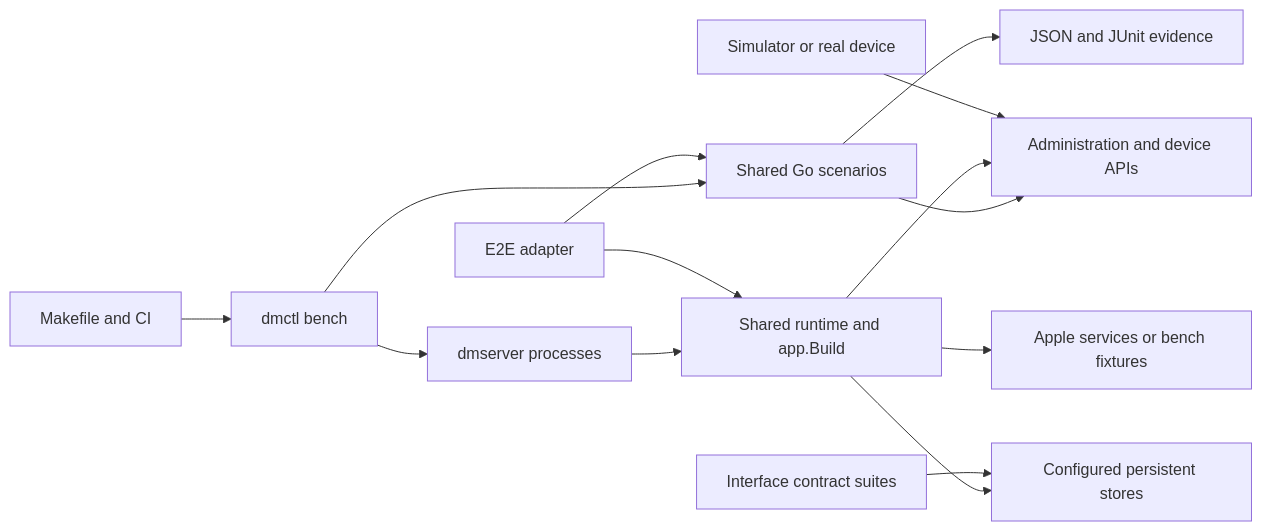
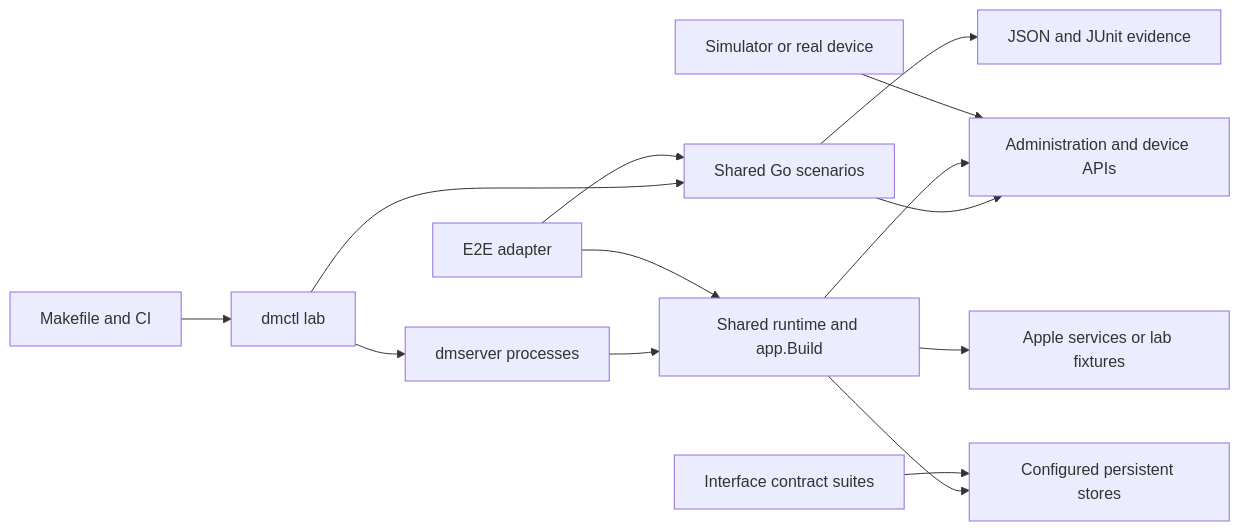
One commit to deploymenttheory/go-apple-dm changed the diagram in docs/architecture.md. Above: the diagram before and after it, drawn with Mermaid. The commit also changed other lines of this file and 164 other files, not shown here.

````diff
--- a/docs/architecture.md
+++ b/docs/architecture.md
@@ -222,16 +222,16 @@
 ```mermaid
 flowchart LR
-    Make[Makefile and CI] --> CLI[dmctl bench]
+    Make[Makefile and CI] --> CLI[dmctl lab]
     CLI --> Scenarios[Shared Go scenarios]
     Tests[E2E adapter] --> Scenarios
     Scenarios --> API[Administration and device APIs]
     CLI --> Process[dmserver processes]
     Process --> Runtime[Shared runtime and app.Build]
     Tests --> Runtime
     Runtime --> API
     Runtime --> Store[Configured persistent stores]
-    Runtime --> External[Apple services or bench fixtures]
+    Runtime --> External[Apple services or lab fixtures]
     Devices[Simulator or real device] --> API
     Contracts[Interface contract suites] --> Store
     Scenarios --> Evidence[JSON and JUnit evidence]
 ```
````
